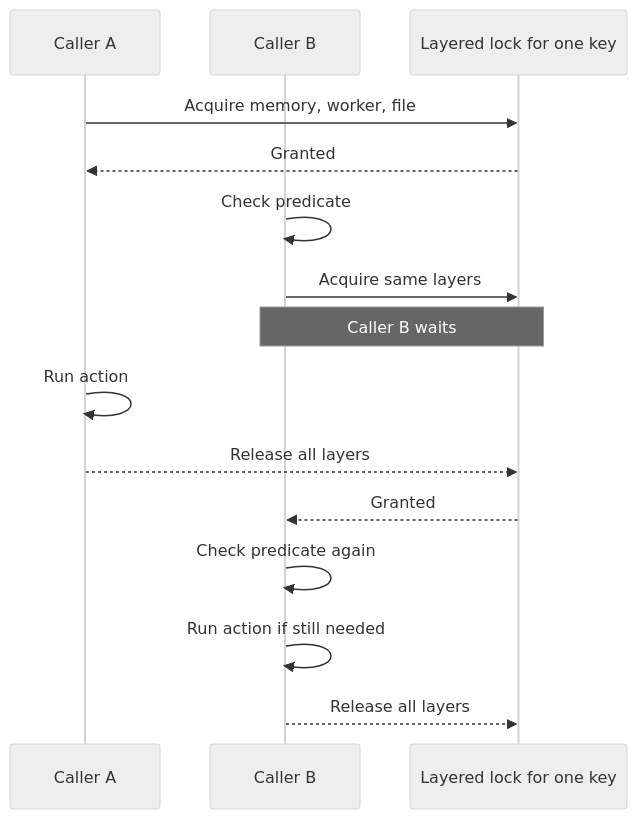
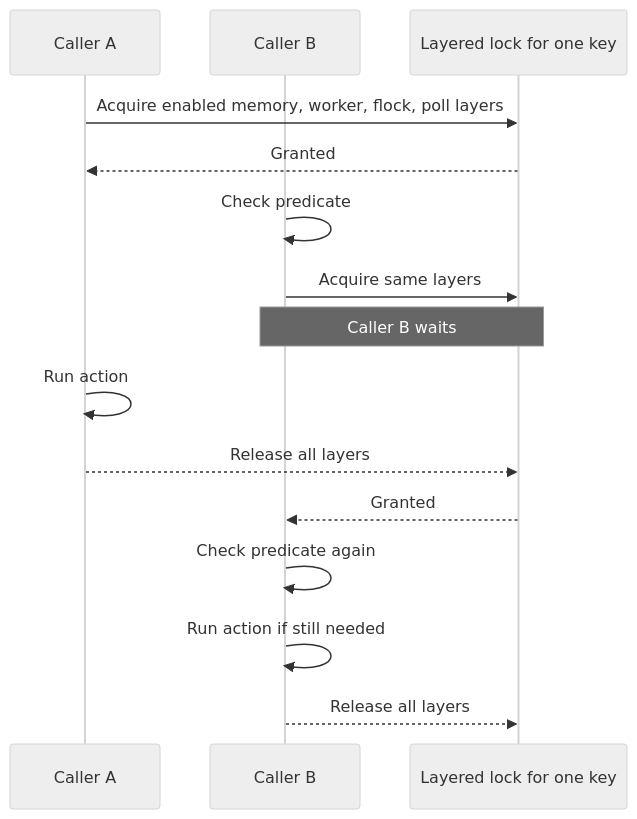
Before and after one commit to regbo/lfp-common: the third of 3 diagrams in README.md, drawn with Mermaid (neutral theme). The commit also changed other lines of this file and 9 other files, not shown here.

````diff
--- a/README.md
+++ b/README.md
@@ -132,18 +149,18 @@
 ```mermaid
 sequenceDiagram
     participant A as Caller A
     participant B as Caller B
     participant L as Layered lock for one key
 
-    A->>L: Acquire memory, worker, file
+    A->>L: Acquire enabled memory, worker, flock, poll layers
     L-->>A: Granted
     B->>B: Check predicate
     B->>L: Acquire same layers
     Note over B,L: Caller B waits
     A->>A: Run action
     A-->>L: Release all layers
     L-->>B: Granted
     B->>B: Check predicate again
     B->>B: Run action if still needed
     B-->>L: Release all layers
 ```
````
